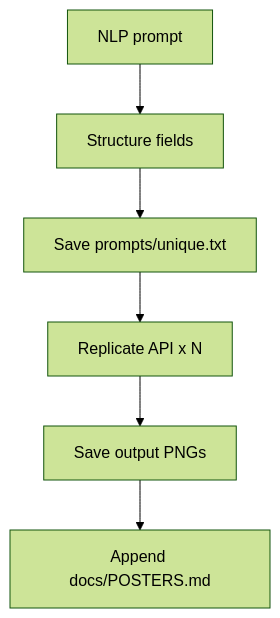
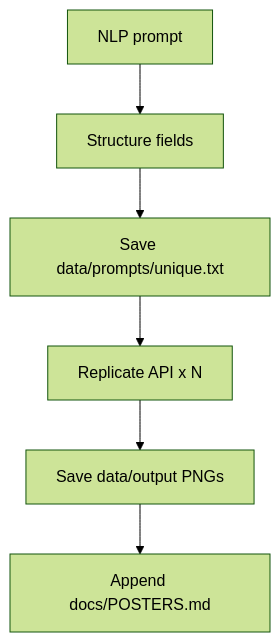
The diagram in docs/WORKFLOW.md (krishnaviswa/setsy_poster), drawn with Mermaid (forest theme) before and after one commit. The commit also changed other lines of this file and 60 other files, not shown here.

````diff
--- a/docs/WORKFLOW.md
+++ b/docs/WORKFLOW.md
@@ -14,8 +14,8 @@
 ```mermaid
 flowchart TD
   nlp[NLP prompt] --> structure[Structure fields]
-  structure --> savePrompt[Save prompts/unique.txt]
+  structure --> savePrompt[Save data/prompts/unique.txt]
   savePrompt --> api[Replicate API x N]
-  api --> png[Save output PNGs]
+  api --> png[Save data/output PNGs]
   png --> log[Append docs/POSTERS.md]
 ```
````
